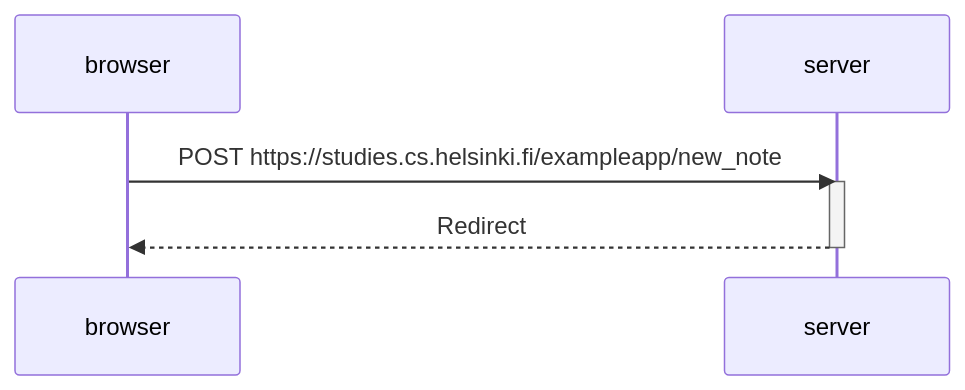
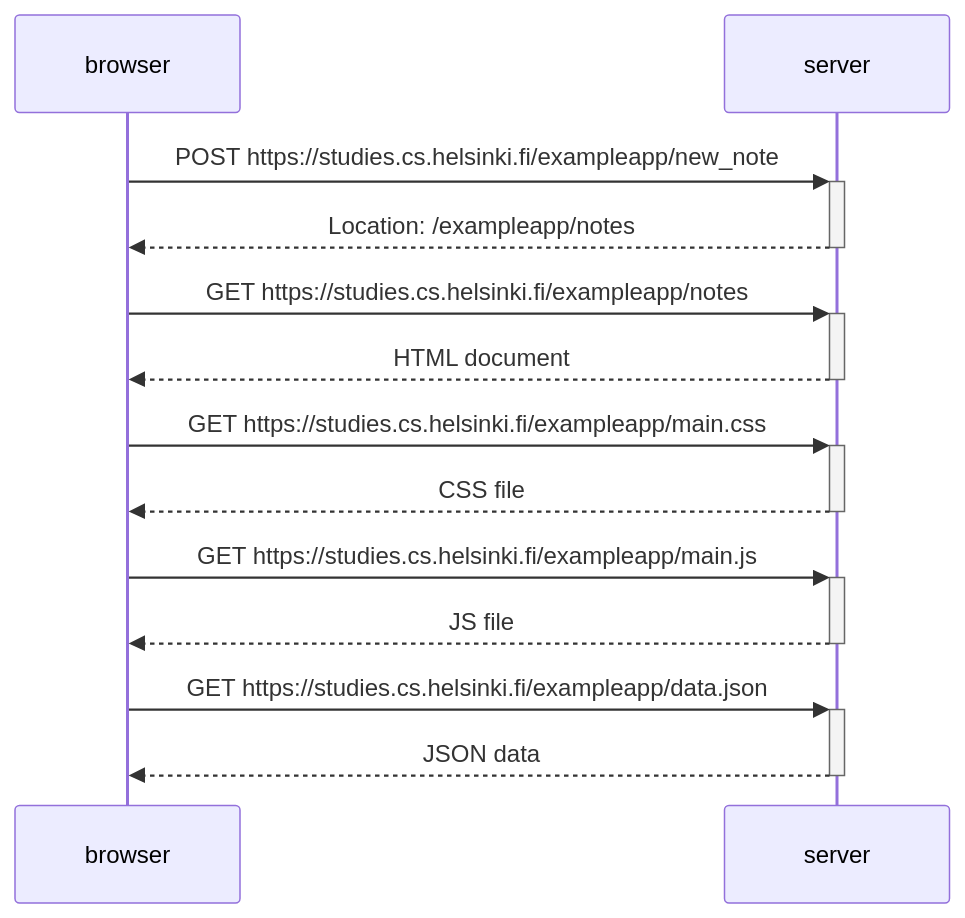
The diagram in part0/0.4.md (fermentedtofu/fsopen), drawn with Mermaid before and after one commit.

Commit message:
added messages

````diff
--- a/part0/0.4.md
+++ b/part0/0.4.md
@@ -1,10 +1,20 @@
 ```mermaid
 sequenceDiagram
     participant browser
     participant server
 
-    browser->>server: POST https://studies.cs.helsinki.fi/exampleapp/new_note
-    activate server
-    server-->>browser: Redirect
-    deactivate server
+    browser->>+server: POST https://studies.cs.helsinki.fi/exampleapp/new_note
+    server-->>-browser: Location: /exampleapp/notes
+
+    browser->>+server: GET https://studies.cs.helsinki.fi/exampleapp/notes
+    server-->>-browser: HTML document
+
+    browser->>+server: GET https://studies.cs.helsinki.fi/exampleapp/main.css
+    server-->>-browser: CSS file
+
+    browser->>+server: GET https://studies.cs.helsinki.fi/exampleapp/main.js
+    server-->>-browser: JS file
+
+    browser->>+server: GET https://studies.cs.helsinki.fi/exampleapp/data.json
+    server-->>-browser: JSON data
 ```
````
